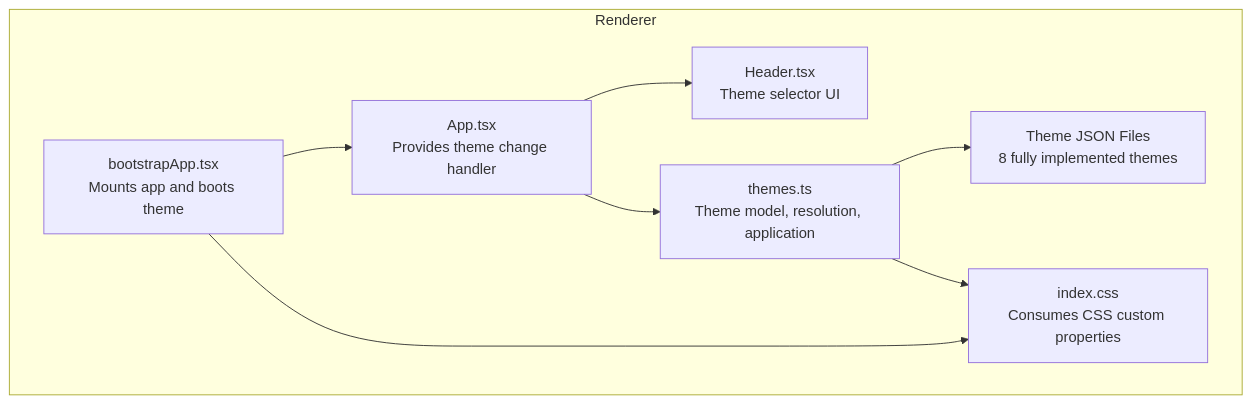
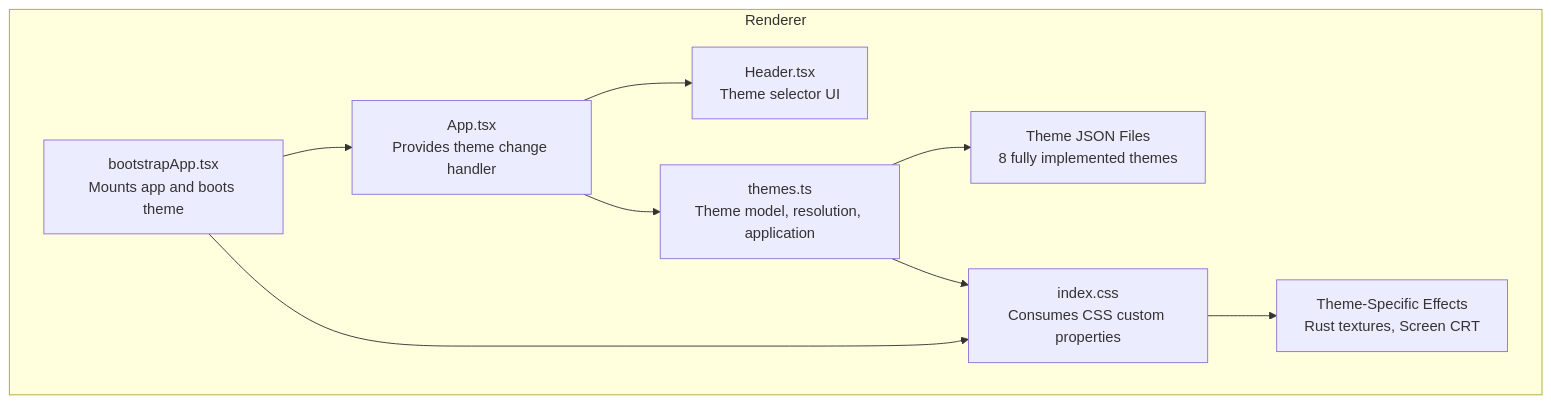
Before and after one commit to satyrlord/mixjam-electron: the first of 7 diagrams in .qoder/repowiki/en/content/Theming & UI System.md, drawn with Mermaid. The commit also changed other lines of this file and 5 other files, not shown here.

````diff
--- a/.qoder/repowiki/en/content/Theming & UI System.md
+++ b/.qoder/repowiki/en/content/Theming & UI System.md
@@ -58,17 +59,19 @@
 ```mermaid
 graph TB
 subgraph "Renderer"
 A["bootstrapApp.tsx<br/>Mounts app and boots theme"]
 B["App.tsx<br/>Provides theme change handler"]
 C["Header.tsx<br/>Theme selector UI"]
 D["themes.ts<br/>Theme model, resolution, application"]
 E["index.css<br/>Consumes CSS custom properties"]
 F["Theme JSON Files<br/>8 fully implemented themes"]
+G["Theme-Specific Effects<br/>Rust textures, Screen CRT"]
 end
 A --> B
 B --> C
 B --> D
 D --> F
 D --> E
 A --> E
+E --> G
 ```
````
